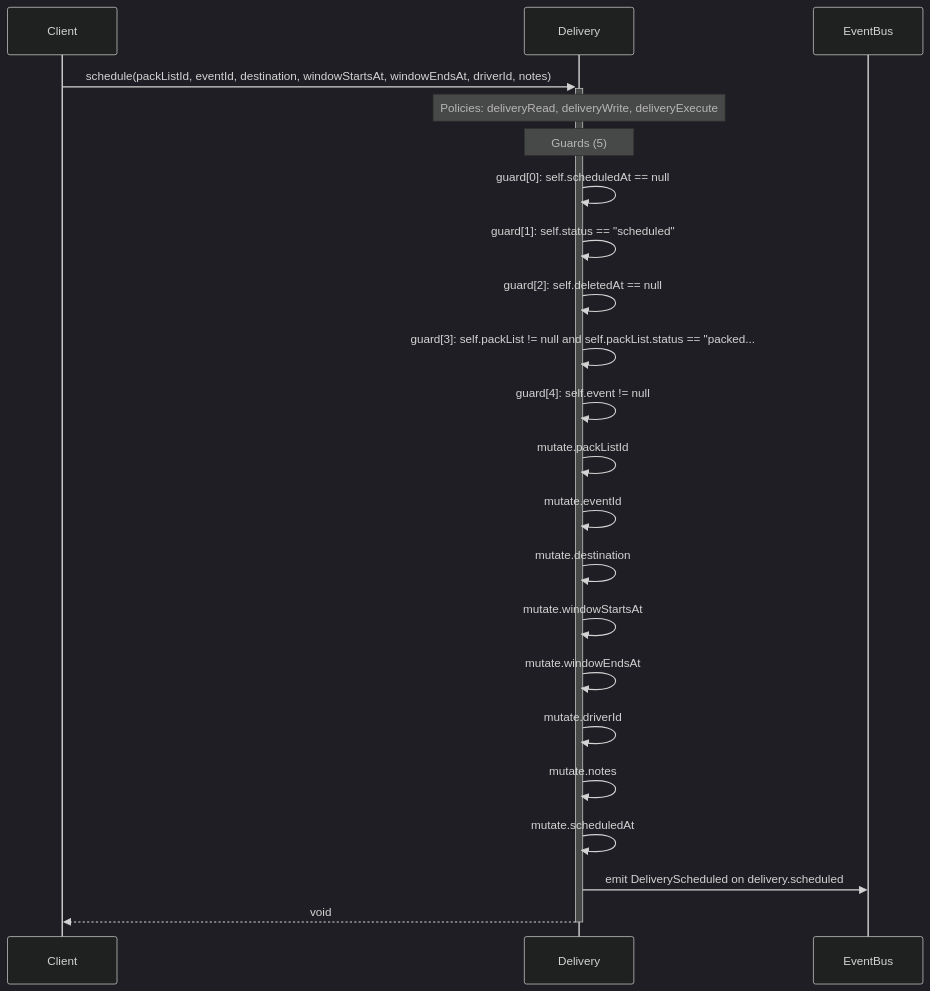
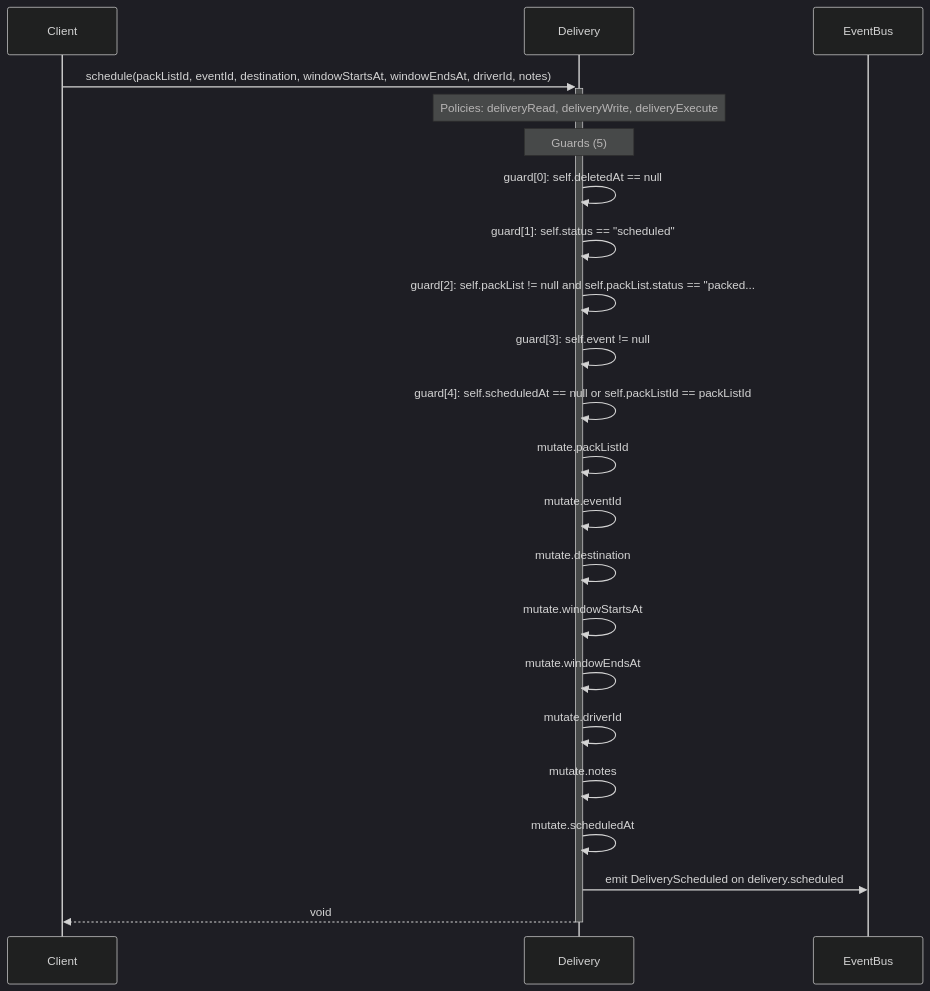
Before and after one commit to Angriff36/capsule: the diagram in diagrams/sequence-Delivery-schedule.mmd, drawn with Mermaid (dark theme). The commit also changed 14 other files, not shown here.

First line of the commit message:
[loop] rebase Delivery-on-packed onto PackList PR after #11

```diff
--- a/diagrams/sequence-Delivery-schedule.mmd
+++ b/diagrams/sequence-Delivery-schedule.mmd
@@ -1,22 +1,22 @@
 sequenceDiagram
     participant Client
     participant Delivery as Delivery
     participant EventBus
     Client->>+Delivery: schedule(packListId, eventId, destination, windowStartsAt, windowEndsAt, driverId, notes)
     Note over Delivery: Policies: deliveryRead, deliveryWrite, deliveryExecute
     Note over Delivery: Guards (5)
-    Delivery->>Delivery: guard[0]: self.scheduledAt == null
+    Delivery->>Delivery: guard[0]: self.deletedAt == null
     Delivery->>Delivery: guard[1]: self.status == #quot;scheduled#quot;
-    Delivery->>Delivery: guard[2]: self.deletedAt == null
-    Delivery->>Delivery: guard[3]: self.packList != null and self.packList.status == #quot;packed...
-    Delivery->>Delivery: guard[4]: self.event != null
+    Delivery->>Delivery: guard[2]: self.packList != null and self.packList.status == #quot;packed...
+    Delivery->>Delivery: guard[3]: self.event != null
+    Delivery->>Delivery: guard[4]: self.scheduledAt == null or self.packListId == packListId
     Delivery->>Delivery: mutate.packListId
     Delivery->>Delivery: mutate.eventId
     Delivery->>Delivery: mutate.destination
     Delivery->>Delivery: mutate.windowStartsAt
     Delivery->>Delivery: mutate.windowEndsAt
     Delivery->>Delivery: mutate.driverId
     Delivery->>Delivery: mutate.notes
     Delivery->>Delivery: mutate.scheduledAt
     Delivery->>EventBus: emit DeliveryScheduled on delivery.scheduled
     Delivery-->>-Client: void
```
